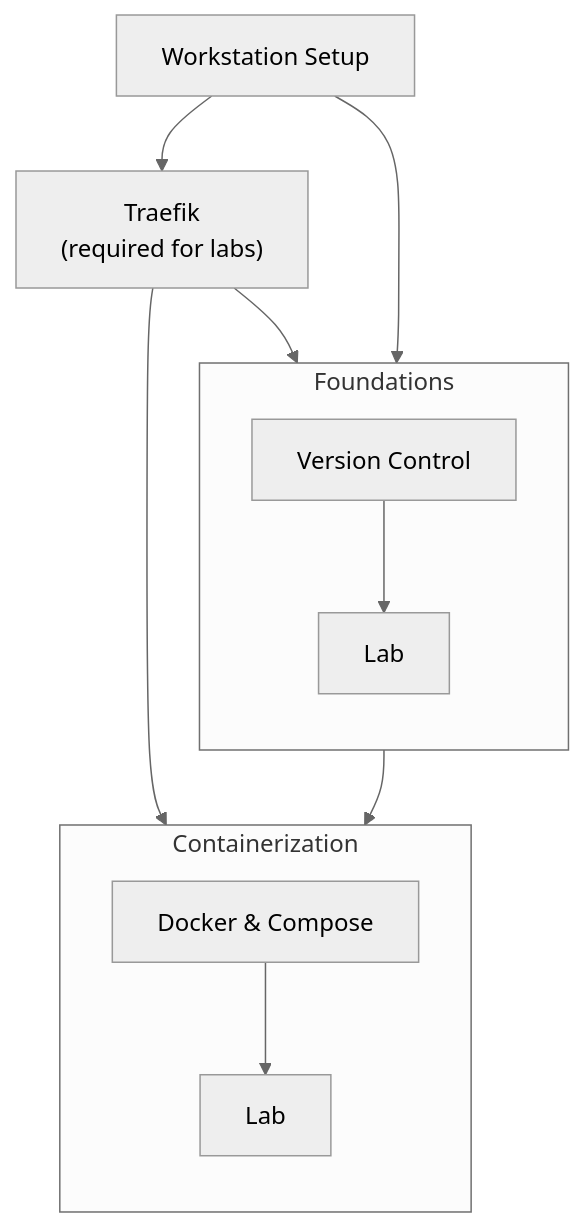
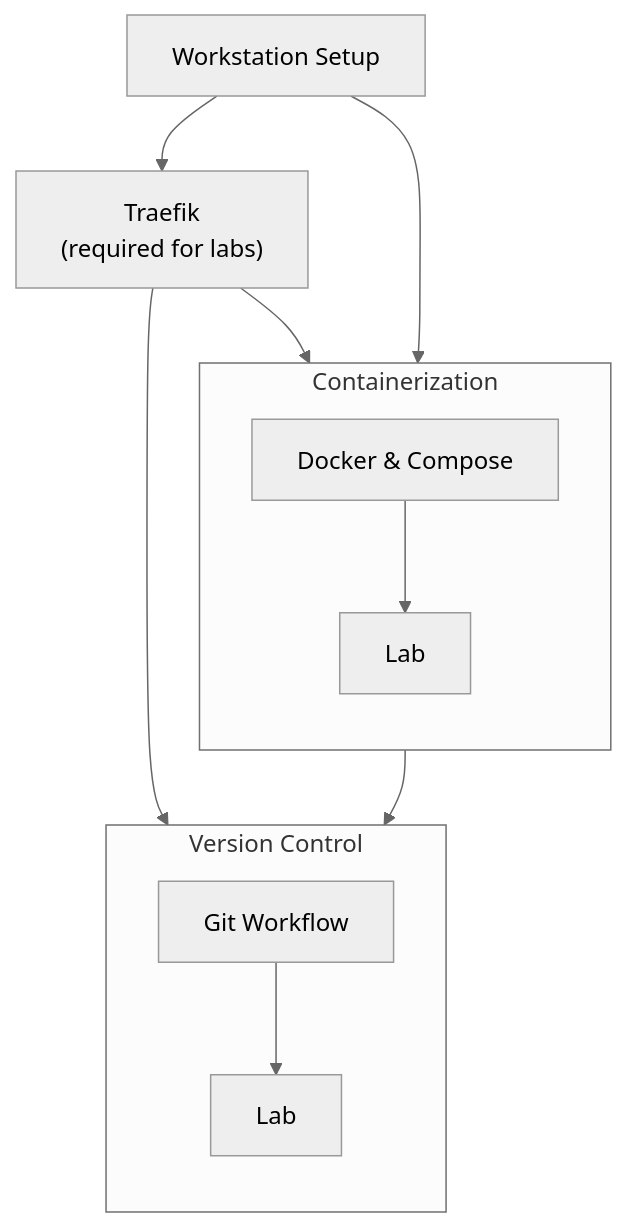
One commit to ia-eknorr/ignition-guides changed the diagram in docs/getting-started/index.md. Above: the diagram before and after it, drawn with Mermaid (neutral theme). The commit also changed other lines of this file and 5 other files, not shown here.

Commit message:
reorder labs: docker before version control

````diff
--- a/docs/getting-started/index.md
+++ b/docs/getting-started/index.md
@@ -36,26 +36,26 @@
 ```mermaid
 flowchart TD
     WS["Workstation Setup"]
     TR["Traefik\n(required for labs)"]
 
     WS --> TR
-    WS --> FOUNDATIONS
-
-    subgraph FOUNDATIONS ["Foundations"]
-        direction TB
-        FG["Version Control"]
-        FL["Lab"]
-        FG --> FL
-    end
+    WS --> CONTAINERIZATION
 
     subgraph CONTAINERIZATION ["Containerization"]
         direction TB
         CG["Docker & Compose"]
         CL["Lab"]
         CG --> CL
     end
 
-    TR --> FL
-    FL --> CONTAINERIZATION
+    subgraph VERSION_CONTROL ["Version Control"]
+        direction TB
+        VG["Git Workflow"]
+        VL["Lab"]
+        VG --> VL
+    end
+
     TR --> CL
+    CL --> VERSION_CONTROL
+    TR --> VL
 ```
````
